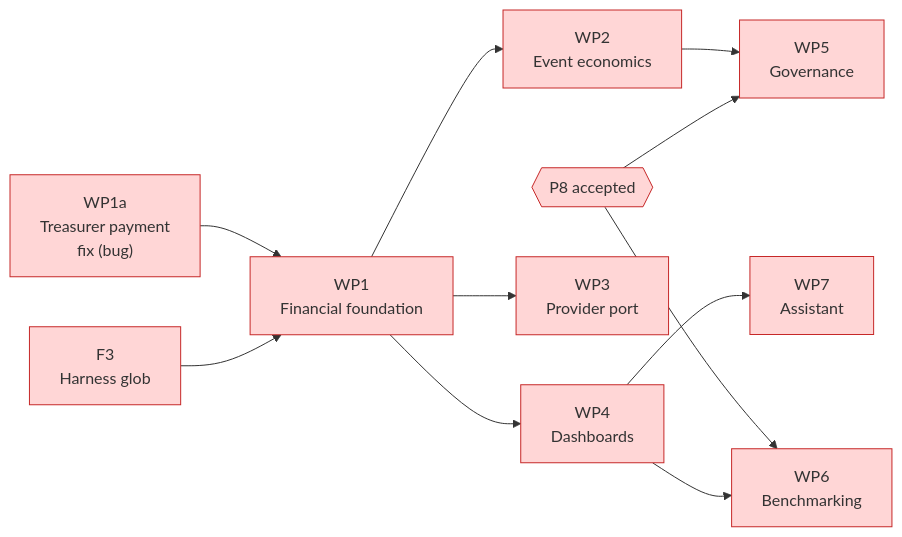
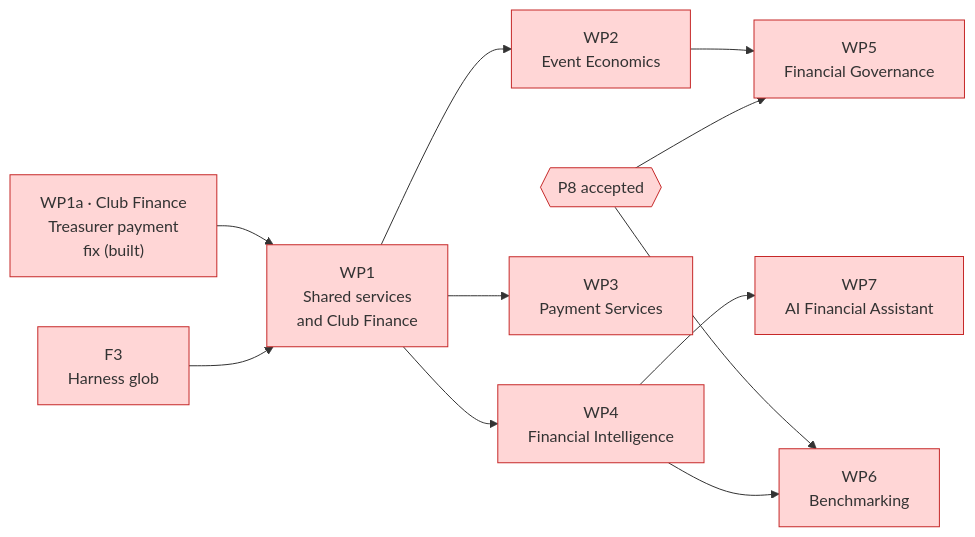
One commit to DataME2/ia-architect changed the diagram in docs/scope/134_pitchpeople_financial_intelligence.md. Above: the diagram before and after it, drawn with Mermaid. The commit also changed other lines of this file and 18 other files, not shown here.

First line of the commit message:
docs: Financial Intelligence in six connected domains (scope 134)

````diff
--- a/docs/scope/134_pitchpeople_financial_intelligence.md
+++ b/docs/scope/134_pitchpeople_financial_intelligence.md
@@ -387,25 +404,25 @@
 ```mermaid
 flowchart LR
-  wp1a["WP1a<br>Treasurer payment<br>fix (bug)"]:::implementation
+  wp1a["WP1a · Club Finance<br>Treasurer payment<br>fix (built)"]:::implementation
   f3["F3<br>Harness glob"]:::implementation
-  wp1["WP1<br>Financial foundation"]:::implementation
-  wp2["WP2<br>Event economics"]:::implementation
-  wp4["WP4<br>Dashboards"]:::implementation
-  wp3["WP3<br>Provider port"]:::implementation
-  wp5["WP5<br>Governance"]:::implementation
+  wp1["WP1<br>Shared services<br>and Club Finance"]:::implementation
+  wp2["WP2<br>Event Economics"]:::implementation
+  wp4["WP4<br>Financial Intelligence"]:::implementation
+  wp3["WP3<br>Payment Services"]:::implementation
+  wp5["WP5<br>Financial Governance"]:::implementation
   p8{{"P8 accepted"}}:::implementation
   wp6["WP6<br>Benchmarking"]:::implementation
-  wp7["WP7<br>Assistant"]:::implementation
+  wp7["WP7<br>AI Financial Assistant"]:::implementation
 
   wp1a --> wp1
   f3 --> wp1
   wp1 --> wp2 --> wp5
   wp1 --> wp4
   wp1 --> wp3
   wp4 --> wp7
   p8 --> wp5
   p8 --> wp6
   wp4 --> wp6
 
   classDef implementation fill:#ffd6d6,stroke:#c62828,color:#333
 ```
````
